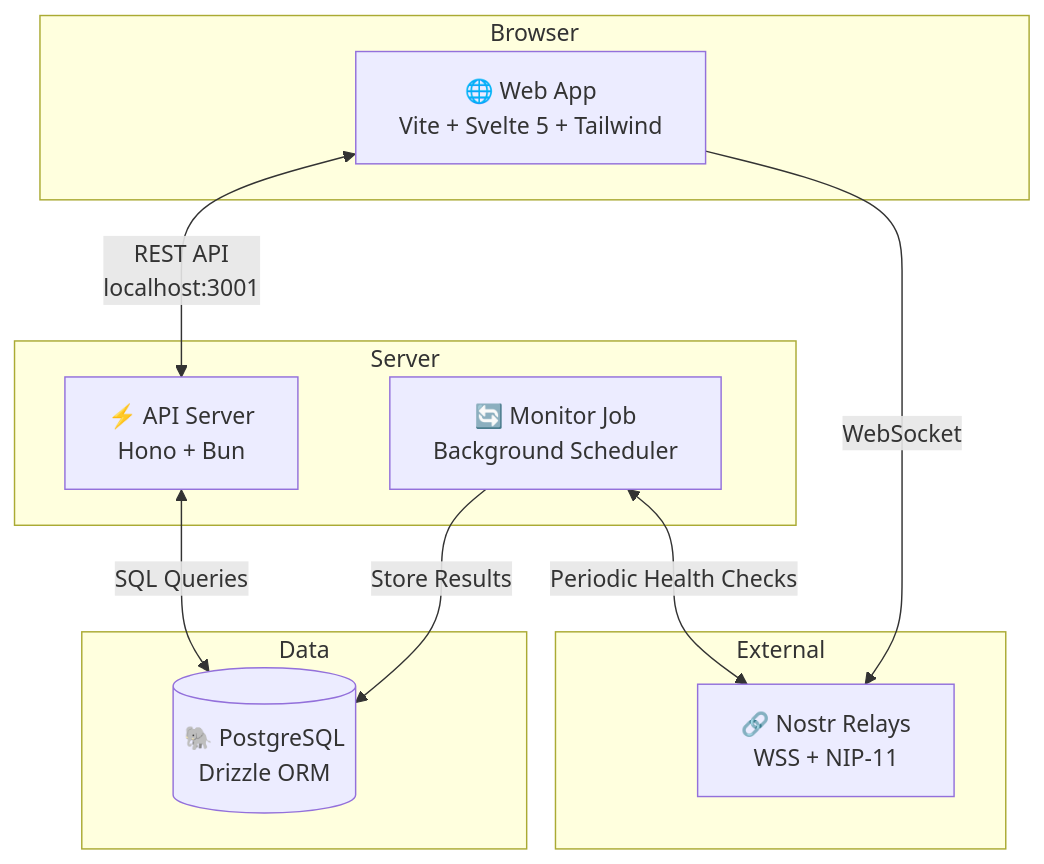
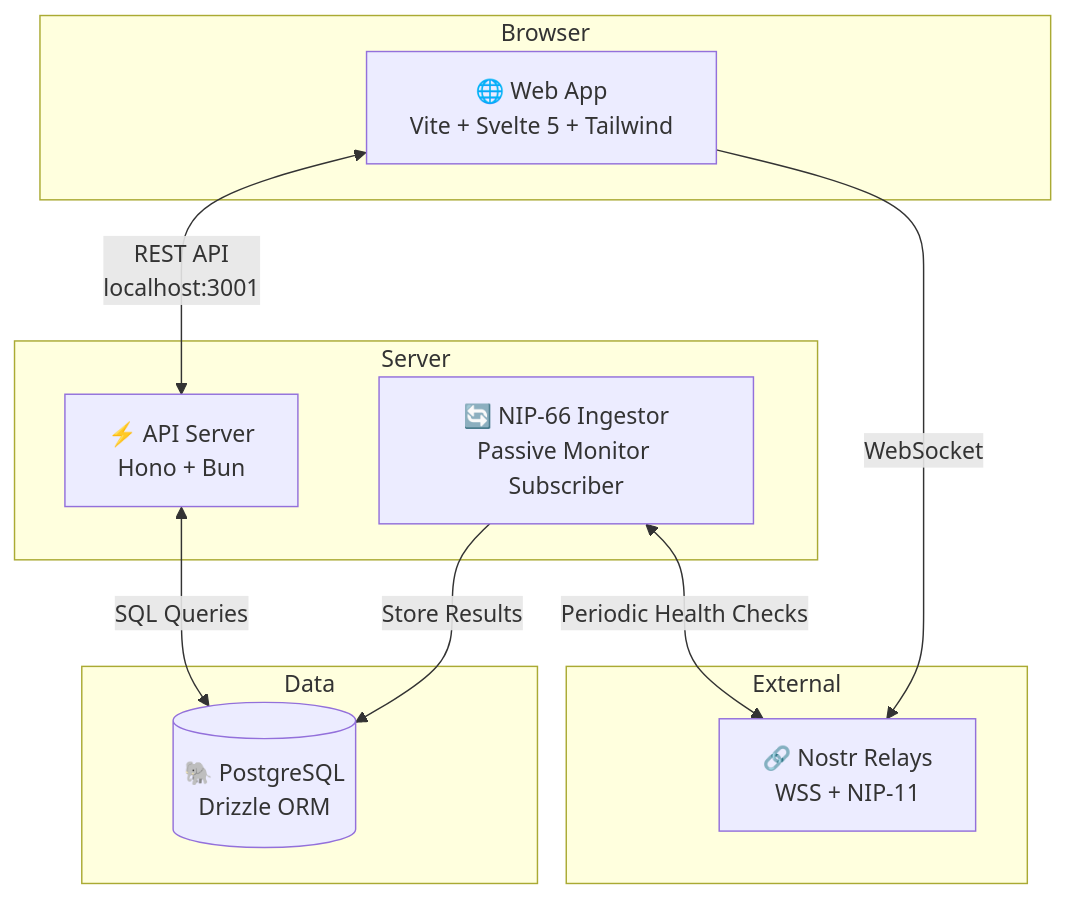
Before and after one commit to saad-tayyab/relay-dog: the first of 5 diagrams in docs/architecture/overview.md, drawn with Mermaid. The commit also changed 27 other files, not shown here.

First line of the commit message:
feat(api): Add NIP-66 ingestor and remove monitor

````diff
--- a/docs/architecture/overview.md
+++ b/docs/architecture/overview.md
@@ -9,25 +9,25 @@
 ```mermaid
 graph TB
     subgraph "Browser"
         WEB["🌐 Web App<br/>Vite + Svelte 5 + Tailwind"]
     end
 
     subgraph "Server"
         API["⚡ API Server<br/>Hono + Bun"]
-        MON["🔄 Monitor Job<br/>Background Scheduler"]
+        MON["🔄 NIP-66 Ingestor<br/>Passive Monitor Subscriber"]
     end
 
     subgraph "Data"
         DB[("🐘 PostgreSQL<br/>Drizzle ORM")]
     end
 
     subgraph "External"
         RELAY["🔗 Nostr Relays<br/>WSS + NIP-11"]
     end
 
     WEB <-->|"REST API<br/>localhost:3001"| API
     API <-->|"SQL Queries"| DB
     MON <-->|"Periodic Health Checks"| RELAY
     MON -->|"Store Results"| DB
     WEB -->|"WebSocket"| RELAY
 ```
````
